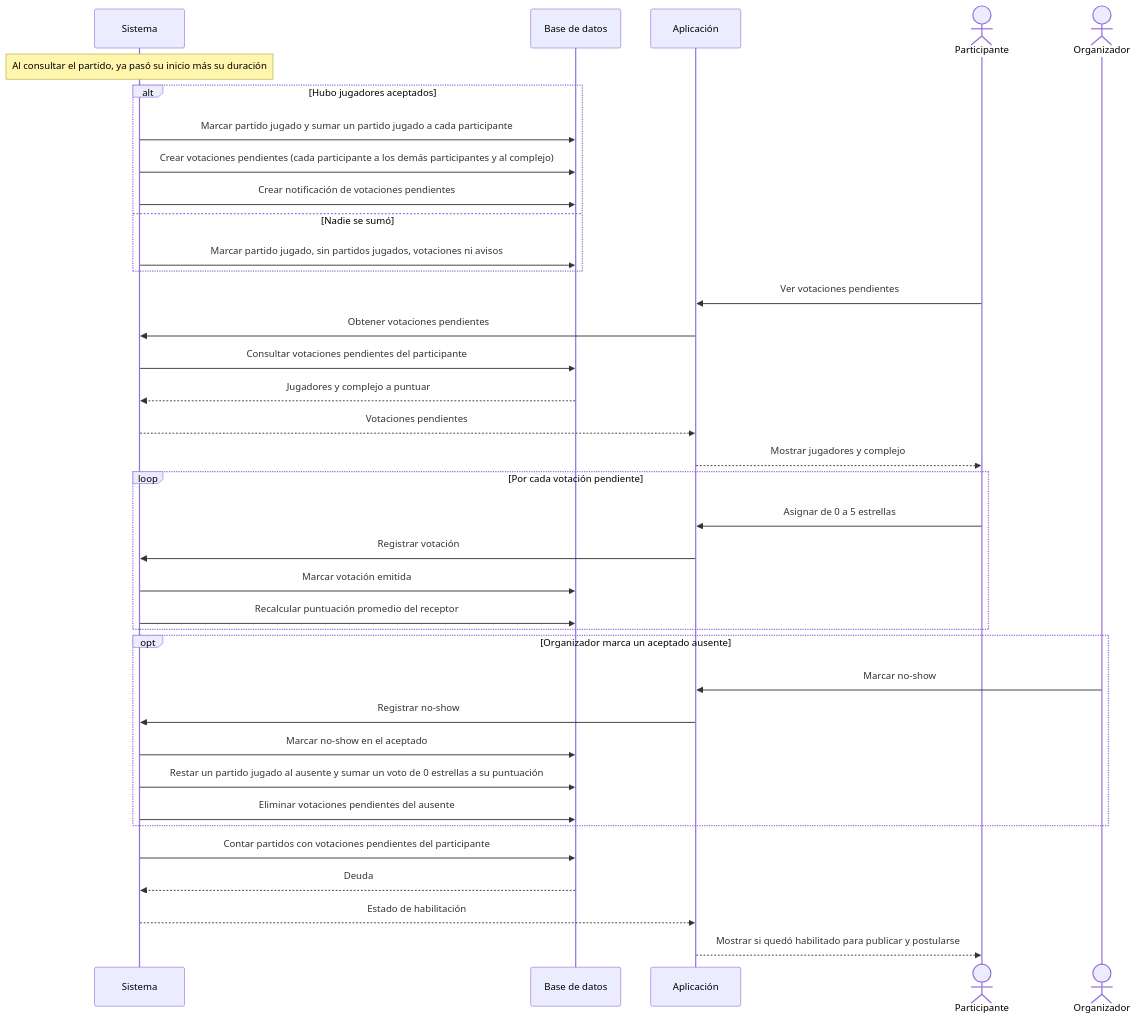
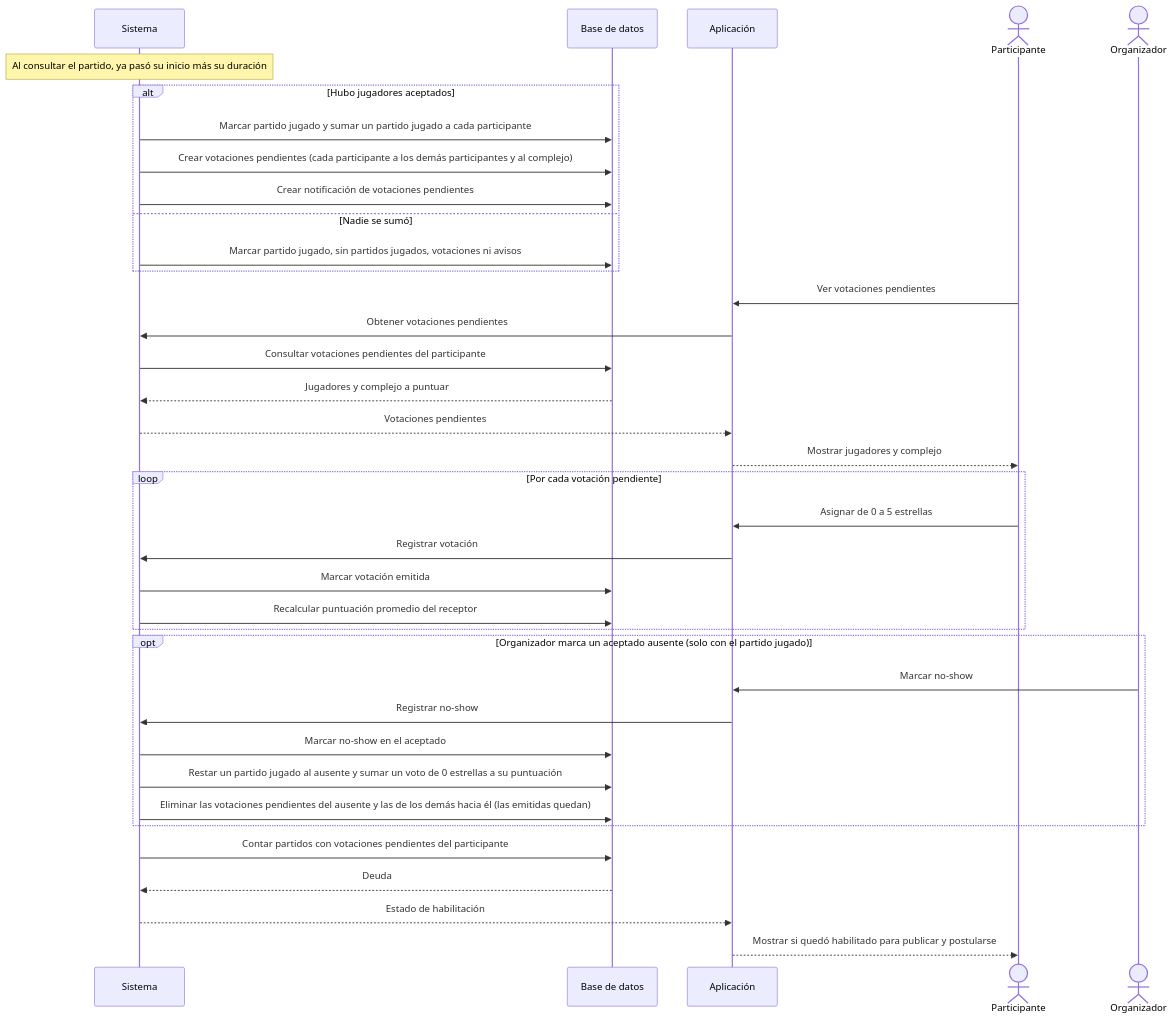
One commit to nvranco/fulvo changed the diagram in docs/diagramas/05-votacion-post-partido.md. Above: the diagram before and after it, drawn with Mermaid. The commit also changed 4 other files, not shown here.

First line of the commit message:
docs: corrijo los diagramas de secuencia 02 a 06

````diff
--- a/docs/diagramas/05-votacion-post-partido.md
+++ b/docs/diagramas/05-votacion-post-partido.md
@@ -3,45 +3,45 @@
 ```mermaid
 sequenceDiagram
     participant S as Sistema
     participant BD as Base de datos
     participant A as Aplicación
     actor P as Participante
     actor O as Organizador
 
     Note over S: Al consultar el partido, ya pasó su inicio más su duración
     alt Hubo jugadores aceptados
         S->>BD: Marcar partido jugado y sumar un partido jugado a cada participante
         S->>BD: Crear votaciones pendientes (cada participante a los demás participantes y al complejo)
         S->>BD: Crear notificación de votaciones pendientes
     else Nadie se sumó
         S->>BD: Marcar partido jugado, sin partidos jugados, votaciones ni avisos
     end
 
     P->>A: Ver votaciones pendientes
     A->>S: Obtener votaciones pendientes
     S->>BD: Consultar votaciones pendientes del participante
     BD-->>S: Jugadores y complejo a puntuar
     S-->>A: Votaciones pendientes
     A-->>P: Mostrar jugadores y complejo
 
     loop Por cada votación pendiente
         P->>A: Asignar de 0 a 5 estrellas
         A->>S: Registrar votación
         S->>BD: Marcar votación emitida
         S->>BD: Recalcular puntuación promedio del receptor
     end
 
-    opt Organizador marca un aceptado ausente
+    opt Organizador marca un aceptado ausente (solo con el partido jugado)
         O->>A: Marcar no-show
         A->>S: Registrar no-show
         S->>BD: Marcar no-show en el aceptado
         S->>BD: Restar un partido jugado al ausente y sumar un voto de 0 estrellas a su puntuación
-        S->>BD: Eliminar votaciones pendientes del ausente
+        S->>BD: Eliminar las votaciones pendientes del ausente y las de los demás hacia él (las emitidas quedan)
     end
 
     S->>BD: Contar partidos con votaciones pendientes del participante
     BD-->>S: Deuda
     S-->>A: Estado de habilitación
     A-->>P: Mostrar si quedó habilitado para publicar y postularse
 
 ```
````
